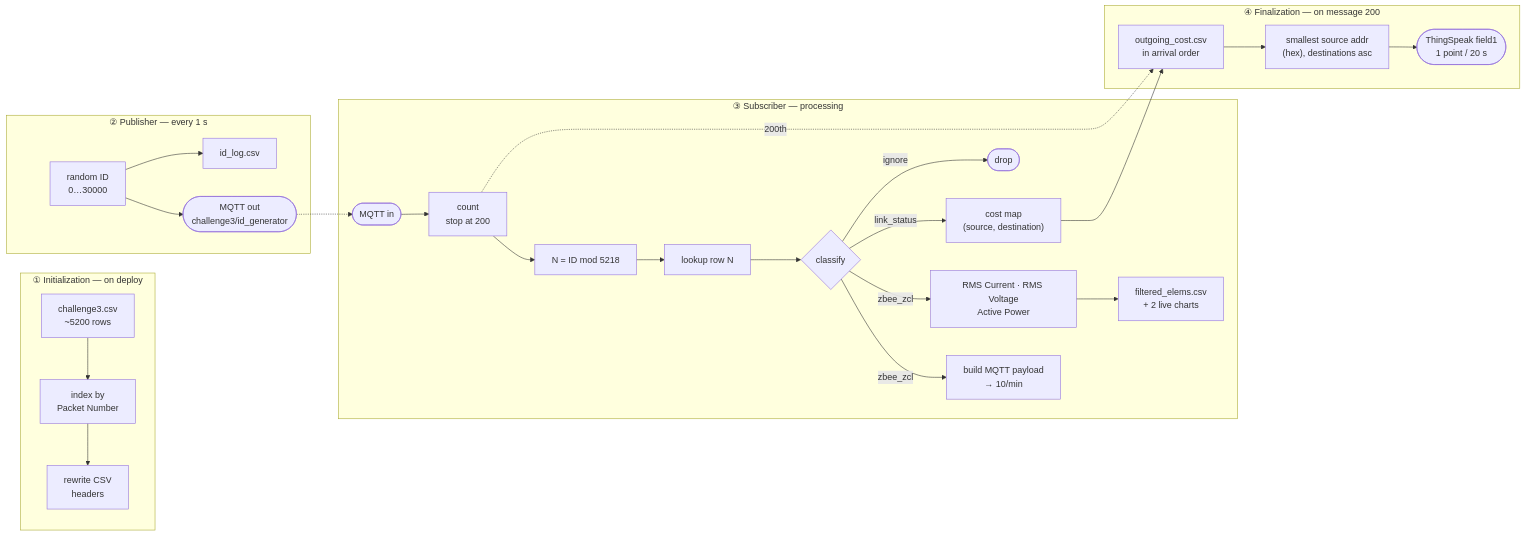
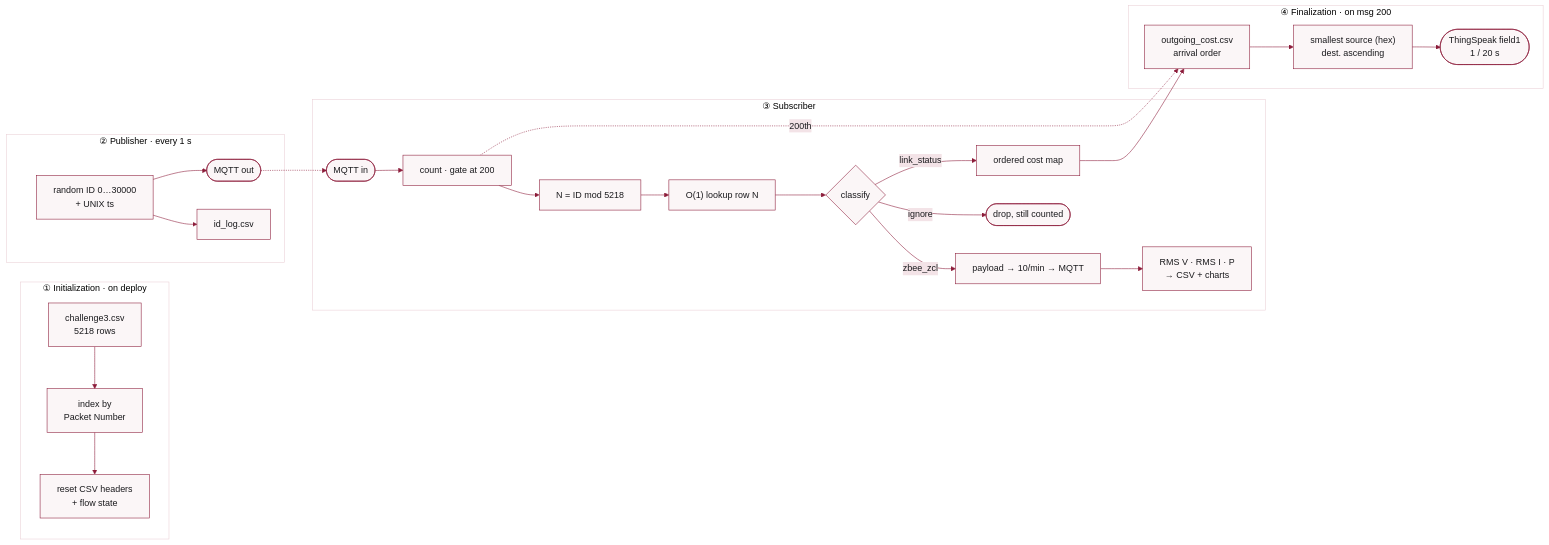
The diagram in README.md (Golsa-lab/iot-nodered), drawn with Mermaid before and after one commit. The commit also changed other lines of this file and 6 other files, not shown here.

Commit message:
Restyle README with light wine theme, report figures and LoRaWAN chart

````diff
--- a/README.md
+++ b/README.md
@@ -45,33 +54,29 @@
 ```mermaid
+%%{init: {'theme':'base','themeVariables':{'primaryColor':'#FBF6F7','primaryTextColor':'#1A1A1D','primaryBorderColor':'#8C1C3A','lineColor':'#8C1C3A','secondaryColor':'#F3E3E7','tertiaryColor':'#FFFFFF','clusterBkg':'#FFFFFF','clusterBorder':'#EAD0D6','fontFamily':'Helvetica, Arial, sans-serif'}}}%%
 flowchart LR
-    subgraph INIT["① Initialization — on deploy"]
-        A["challenge3.csv<br/>~5200 rows"] --> B["index by<br/>Packet Number"]
-        B --> C["rewrite CSV<br/>headers"]
+    subgraph INIT["① Initialization · on deploy"]
+        A["challenge3.csv<br/>5218 rows"] --> B["index by<br/>Packet Number"]
+        B --> C["reset CSV headers<br/>+ flow state"]
     end
-
-    subgraph PUB["② Publisher — every 1 s"]
-        D["random ID<br/>0…30000"] --> E(["MQTT out<br/>challenge3/id_generator"])
+    subgraph PUB["② Publisher · every 1 s"]
+        D["random ID 0…30000<br/>+ UNIX ts"] --> E(["MQTT out"])
         D --> F["id_log.csv"]
     end
-
-    subgraph SUB["③ Subscriber — processing"]
-        G(["MQTT in"]) --> H["count<br/>stop at 200"]
+    subgraph SUB["③ Subscriber"]
+        G(["MQTT in"]) --> H["count · gate at 200"]
         H --> I["N = ID mod 5218"]
-        I --> J["lookup row N"]
+        I --> J["O(1) lookup row N"]
         J --> K{"classify"}
-        K -->|zbee_zcl| L["build MQTT payload<br/>→ 10/min"]
-        K -->|zbee_zcl| M["RMS Current · RMS Voltage<br/>Active Power"]
-        K -->|link_status| N["cost map<br/>(source, destination)"]
-        K -->|ignore| O(["drop"])
-        M --> P["filtered_elems.csv<br/>+ 2 live charts"]
+        K -->|zbee_zcl| L["payload → 10/min → MQTT"]
+        L --> M["RMS V · RMS I · P<br/>→ CSV + charts"]
+        K -->|link_status| N["ordered cost map"]
+        K -->|ignore| O(["drop, still counted"])
     end
-
-    subgraph FIN["④ Finalization — on message 200"]
-        Q["outgoing_cost.csv<br/>in arrival order"] --> R["smallest source addr<br/>(hex), destinations asc"]
-        R --> S(["ThingSpeak field1<br/>1 point / 20 s"])
+    subgraph FIN["④ Finalization · on msg 200"]
+        Q["outgoing_cost.csv<br/>arrival order"] --> R["smallest source (hex)<br/>dest. ascending"]
+        R --> S(["ThingSpeak field1<br/>1 / 20 s"])
     end
-
     E -.-> G
     N --> Q
     H -.->|200th| Q
 ```
````
